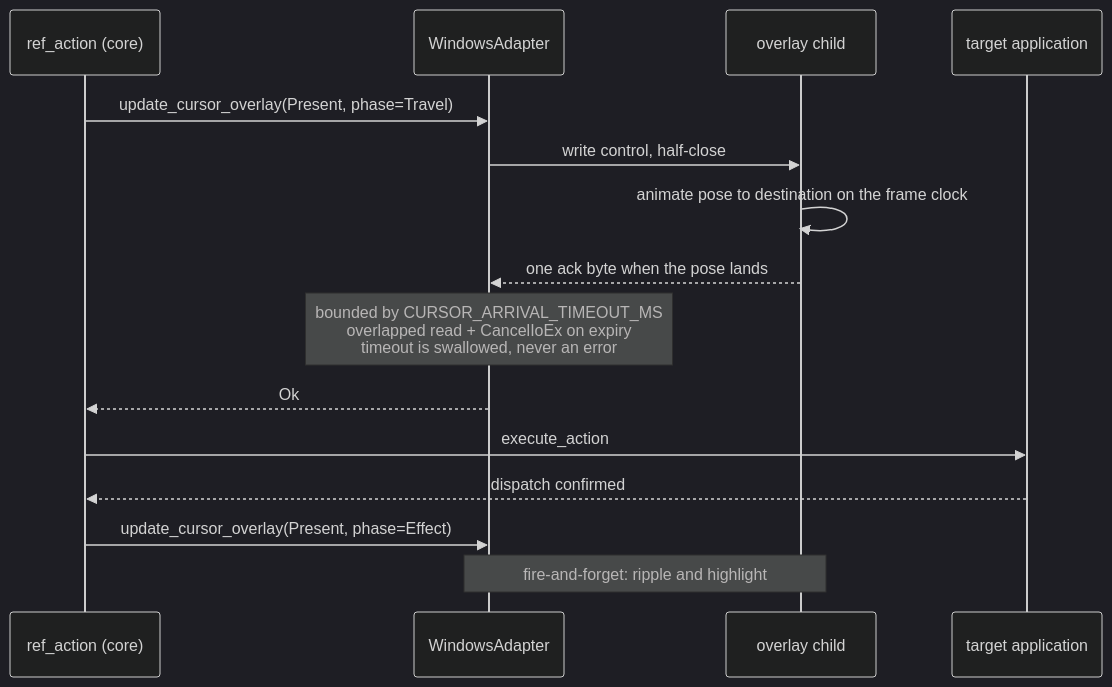
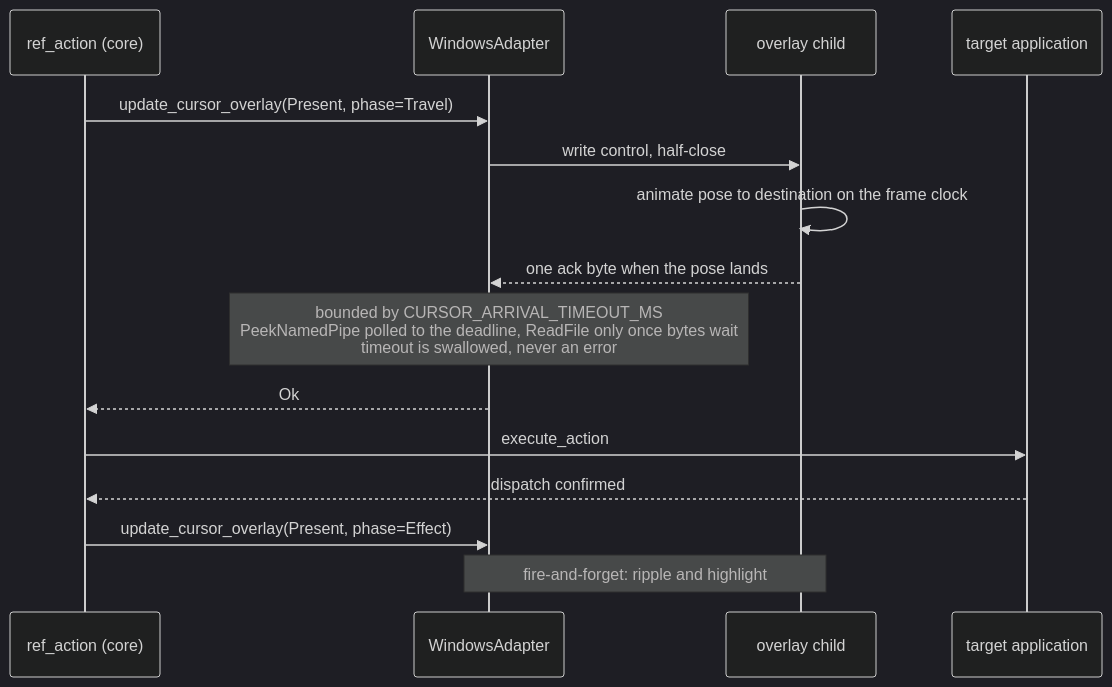
The second of 3 diagrams in docs/plans/2026-09-01-001-feat-windows-2-16-cursor-overlay-plan.md (lahfir/agent-desktop), drawn with Mermaid (dark theme) before and after one commit. The commit also changed other lines of this file and 1 other file, not shown here.

````diff
--- a/docs/plans/2026-09-01-001-feat-windows-2-16-cursor-overlay-plan.md
+++ b/docs/plans/2026-09-01-001-feat-windows-2-16-cursor-overlay-plan.md
@@ -204,18 +204,18 @@
 ```mermaid
 sequenceDiagram
     participant Core as ref_action (core)
     participant Adapter as WindowsAdapter
     participant Child as overlay child
     participant App as target application
 
     Core->>Adapter: update_cursor_overlay(Present, phase=Travel)
     Adapter->>Child: write control, half-close
     Child->>Child: animate pose to destination on the frame clock
     Child-->>Adapter: one ack byte when the pose lands
-    Note over Adapter: bounded by CURSOR_ARRIVAL_TIMEOUT_MS<br/>overlapped read + CancelIoEx on expiry<br/>timeout is swallowed, never an error
+    Note over Adapter: bounded by CURSOR_ARRIVAL_TIMEOUT_MS<br/>PeekNamedPipe polled to the deadline, ReadFile only once bytes wait<br/>timeout is swallowed, never an error
     Adapter-->>Core: Ok
     Core->>App: execute_action
     App-->>Core: dispatch confirmed
     Core->>Adapter: update_cursor_overlay(Present, phase=Effect)
     Note over Adapter,Child: fire-and-forget: ripple and highlight
 ```
````
